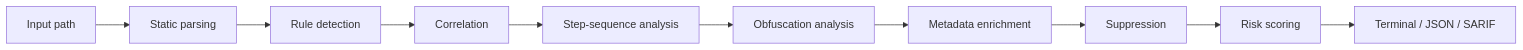
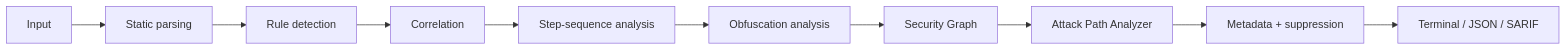
Before and after one commit to Anne117/veyra: the diagram in README.md, drawn with Mermaid. The commit also changed other lines of this file, not shown here.

Commit message:
docs: update README for current Security Graph architecture

````diff
--- a/README.md
+++ b/README.md
@@ -54,12 +54,12 @@
 ```mermaid
 flowchart LR
-    A[Input path] --> B[Static parsing]
+    A[Input] --> B[Static parsing]
     B --> C[Rule detection]
     C --> D[Correlation]
     D --> E[Step-sequence analysis]
     E --> F[Obfuscation analysis]
-    F --> G[Metadata enrichment]
-    G --> H[Suppression]
-    H --> I[Risk scoring]
+    F --> G[Security Graph]
+    G --> H[Attack Path Analyzer]
+    H --> I[Metadata + suppression]
     I --> J[Terminal / JSON / SARIF]
 ```
````
